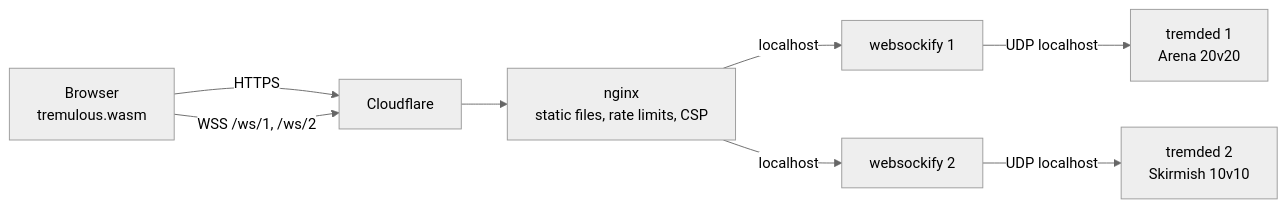
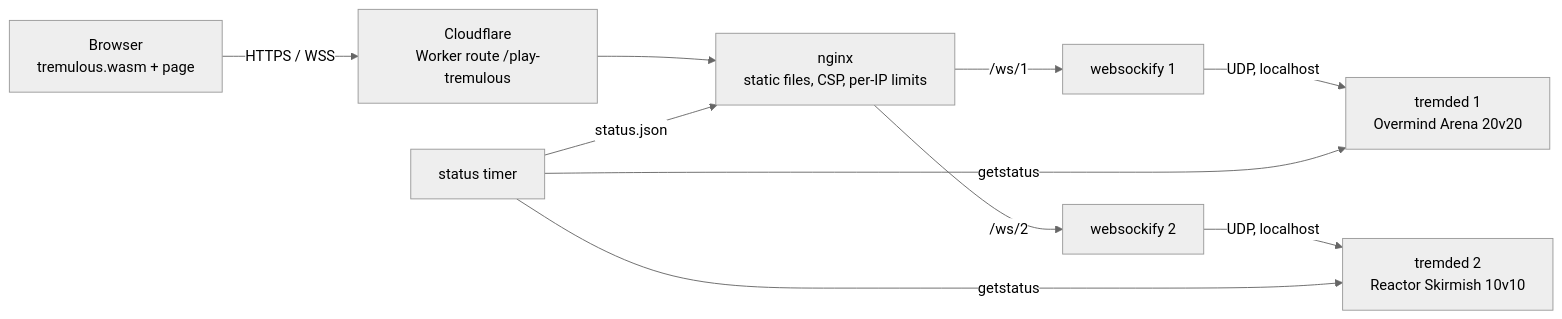
One commit to fiveworld-development/tremulous-overmind changed the diagram in README.md. Above: the diagram before and after it, drawn with Mermaid (neutral theme). The commit also changed other lines of this file and 8 other files, not shown here.

````diff
--- a/README.md
+++ b/README.md
@@ -54,8 +144,9 @@
 ```mermaid
 flowchart LR
-    B[Browser<br>tremulous.wasm] -- HTTPS --> CF[Cloudflare]
-    B -- WSS /ws/1, /ws/2 --> CF
-    CF --> N[nginx<br>static files, rate limits, CSP]
-    N -- localhost --> G1[websockify 1] -- UDP localhost --> S1[tremded 1<br>Arena 20v20]
-    N -- localhost --> G2[websockify 2] -- UDP localhost --> S2[tremded 2<br>Skirmish 10v10]
+    B[Browser<br>tremulous.wasm + page] -- HTTPS / WSS --> CF[Cloudflare<br>Worker route /play-tremulous]
+    CF --> N[nginx<br>static files, CSP, per-IP limits]
+    N -- /ws/1 --> G1[websockify 1] -- UDP, localhost --> S1[tremded 1<br>Overmind Arena 20v20]
+    N -- /ws/2 --> G2[websockify 2] -- UDP, localhost --> S2[tremded 2<br>Reactor Skirmish 10v10]
+    T[status timer] -- getstatus --> S1 & S2
+    T -- status.json --> N
 ```
````
